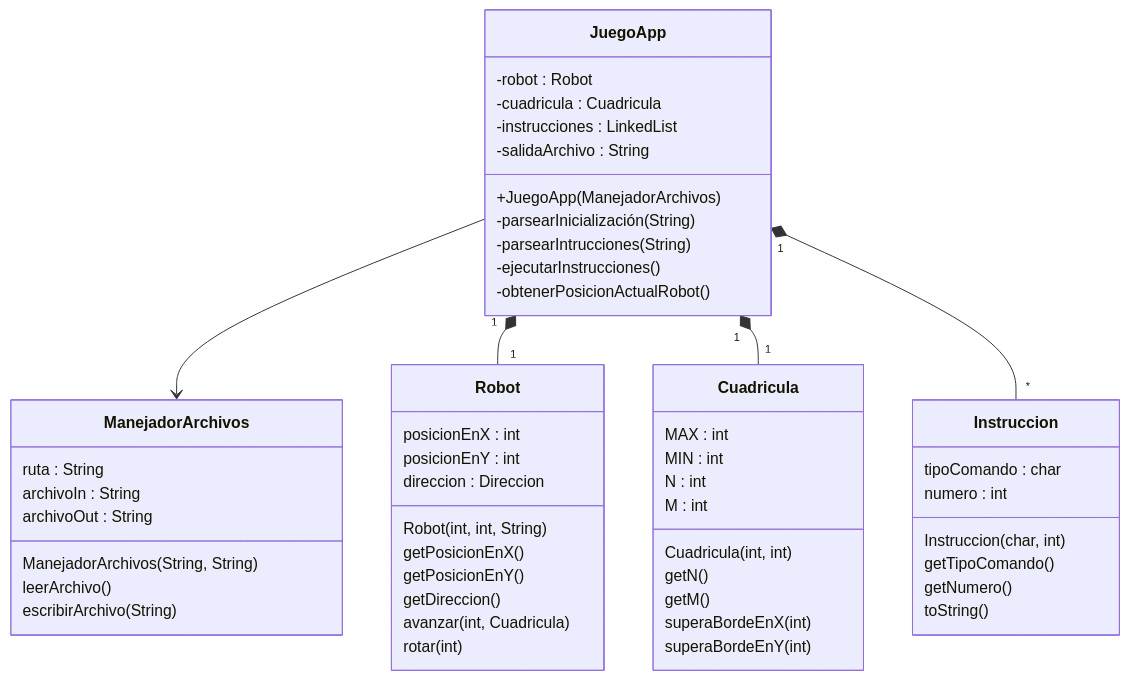
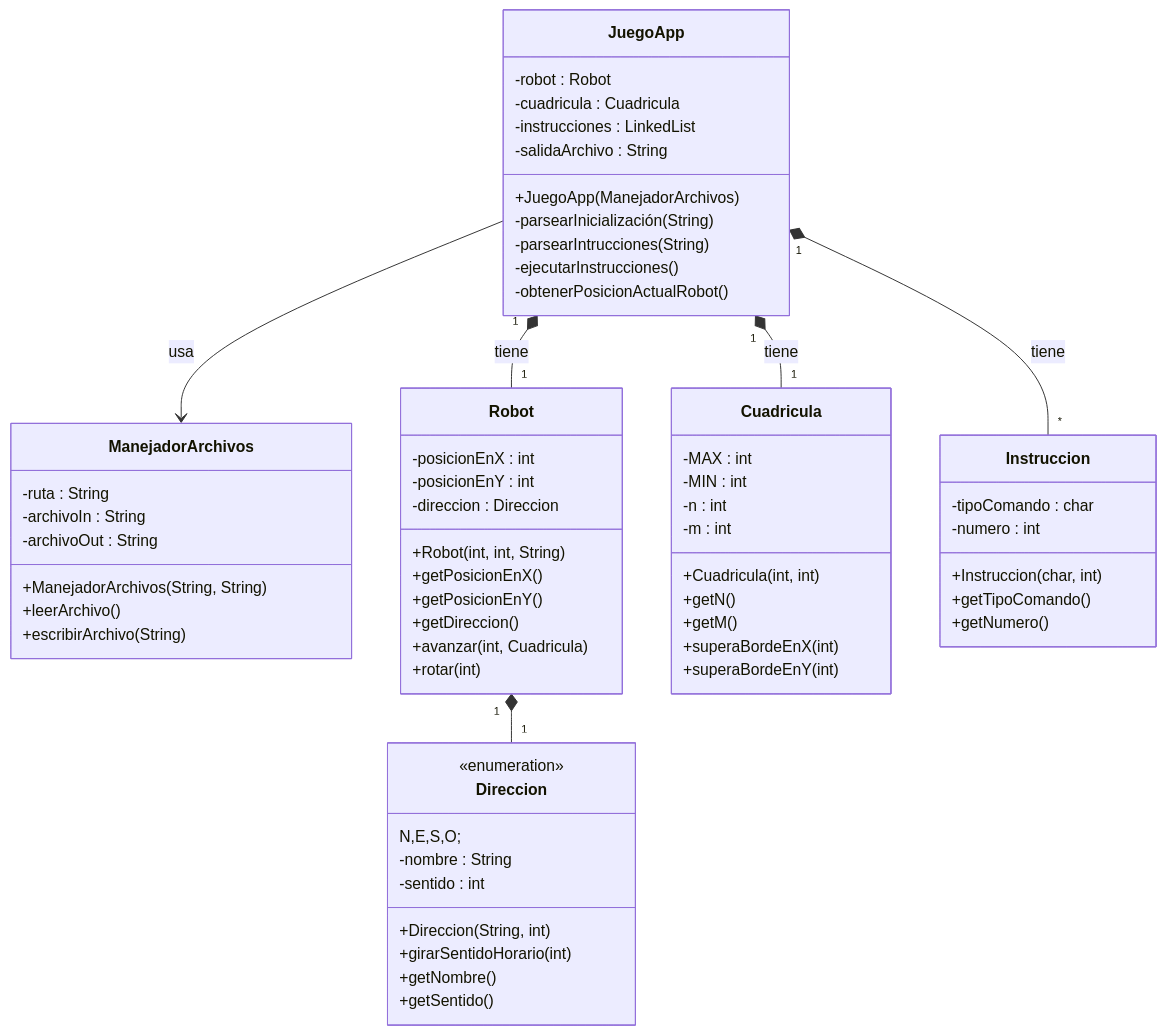
Before and after one commit to MarianaM02/poo2-1er-parcial-practica: the diagram in README.md, drawn with Mermaid. The commit also changed other lines of this file, not shown here.

````diff
--- a/README.md
+++ b/README.md
@@ -67,61 +71,73 @@
 ```mermaid
 classDiagram
-  JuegoApp --> ManejadorArchivos
-  JuegoApp "1" *-- "1" Robot
-  JuegoApp "1" *-- "1" Cuadricula
-  JuegoApp "1" *-- "*" Instruccion
+direction TB
+  JuegoApp --> ManejadorArchivos : usa
+  JuegoApp "1" *-- "1" Robot : tiene
+  JuegoApp "1" *-- "1" Cuadricula : tiene
+  JuegoApp "1" *-- "*" Instruccion : tiene
+  Robot "1" *-- "1" Direccion
 
   class JuegoApp {
     -robot : Robot
     -cuadricula : Cuadricula
     -instrucciones : LinkedList<Instruccion>
     -salidaArchivo : String
     +JuegoApp(ManejadorArchivos)
     -parsearInicialización(String)
     -parsearIntrucciones(String)
     -ejecutarInstrucciones()
     -obtenerPosicionActualRobot()
   }
 
   class ManejadorArchivos {
-    ruta : String
-    archivoIn : String
-    archivoOut : String
-    ManejadorArchivos(String, String)
-    leerArchivo()
-    escribirArchivo(String)
+    -ruta : String
+    -archivoIn : String
+    -archivoOut : String
+    +ManejadorArchivos(String, String)
+    +leerArchivo()
+    +escribirArchivo(String)
   }
 
   class Robot {
-    posicionEnX : int
-    posicionEnY : int
-    direccion : Direccion
-    Robot(int, int, String)
-    getPosicionEnX()
-    getPosicionEnY()
-    getDireccion()
-    avanzar(int, Cuadricula)
-    rotar(int)
+    -posicionEnX : int
+    -posicionEnY : int
+    -direccion : Direccion
+    +Robot(int, int, String)
+    +getPosicionEnX()
+    +getPosicionEnY()
+    +getDireccion()
+    +avanzar(int, Cuadricula)
+    +rotar(int)
   }
 
   class Cuadricula {
-    MAX : int
-    MIN : int
-    N : int
-    M : int
-    Cuadricula(int, int)
-    getN()
-    getM()
-    superaBordeEnX(int)
-    superaBordeEnY(int)
+    -MAX : int
+    -MIN : int
+    -n : int
+    -m : int
+    +Cuadricula(int, int)
+    +getN()
+    +getM()
+    +superaBordeEnX(int)
+    +superaBordeEnY(int)
   }
 
   class Instruccion {
-    tipoComando : char
-    numero : int
-    Instruccion(char, int)
-    getTipoComando()
-    getNumero()
-    toString()
+    -tipoComando : char
+    -numero : int
+    +Instruccion(char, int)
+    +getTipoComando()
+    +getNumero()
   }
+
+class Direccion {
+<<enumeration>> 
+N,E,S,O;
+-nombre : String
+-sentido : int
++Direccion(String, int)
++girarSentidoHorario(int)
++getNombre()
++getSentido()
+}
 ```
````
